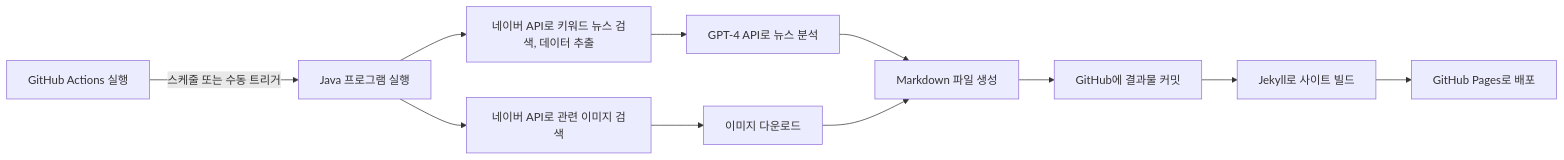
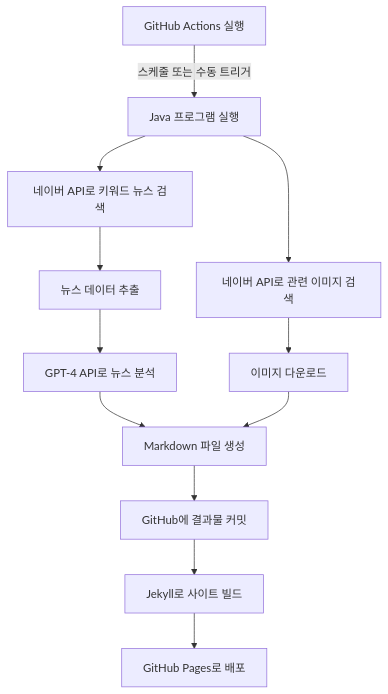
One commit to nan0silver/doge_trend_monitoring changed the diagram in README.md. Above: the diagram before and after it, drawn with Mermaid.

Commit message:
docs : mermaid Top-Down으로 변경

````diff
--- a/README.md
+++ b/README.md
@@ -16,13 +16,14 @@
 ```mermaid
-flowchart LR
+flowchart TD
     A[GitHub Actions 실행] -->|스케줄 또는 수동 트리거| B[Java 프로그램 실행]
-    B --> C[네이버 API로 키워드 뉴스 검색, 데이터 추출]
-    C --> E[GPT-4 API로 뉴스 분석]
+    B --> C[네이버 API로 키워드 뉴스 검색]
+    C --> D[뉴스 데이터 추출]
+    D --> E[GPT-4 API로 뉴스 분석]
     B --> F[네이버 API로 관련 이미지 검색]
     F --> G[이미지 다운로드]
     E --> H[Markdown 파일 생성]
     G --> H
     H --> I[GitHub에 결과물 커밋]
     I --> J[Jekyll로 사이트 빌드]
     J --> K[GitHub Pages로 배포]
 ```
````
